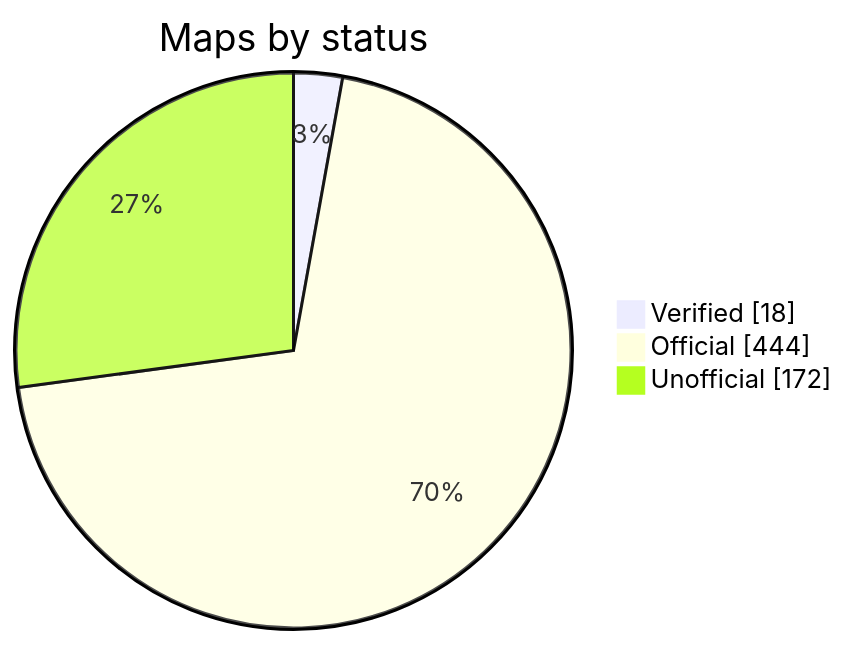
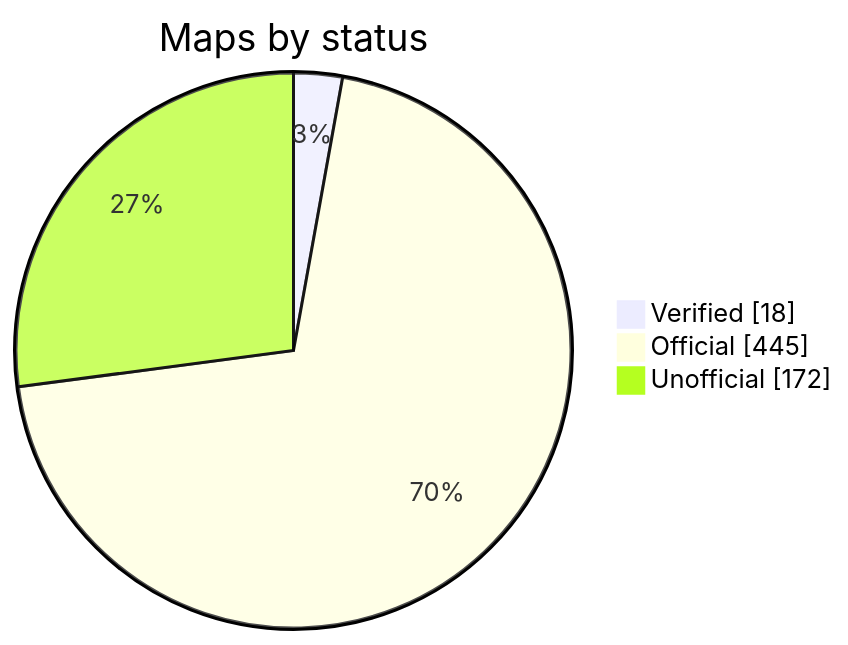
One commit to nobrega8/mbmap-library changed the diagram in README.md. Above: the diagram before and after it, drawn with Mermaid. The commit also changed 6 other files, not shown here.

````diff
--- a/README.md
+++ b/README.md
@@ -52,7 +52,7 @@
 ```mermaid
 pie showData
     title Maps by status
     "Verified" : 18
-    "Official" : 444
+    "Official" : 445
     "Unofficial" : 172
 ```
````
